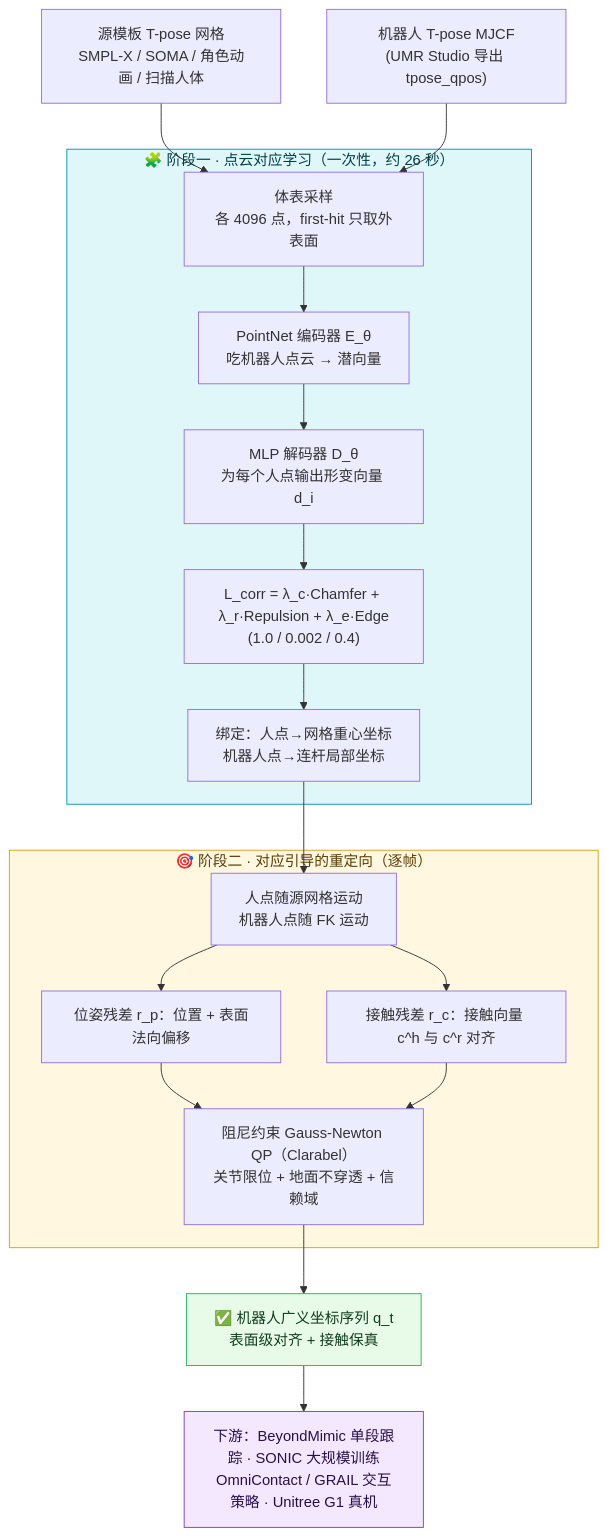
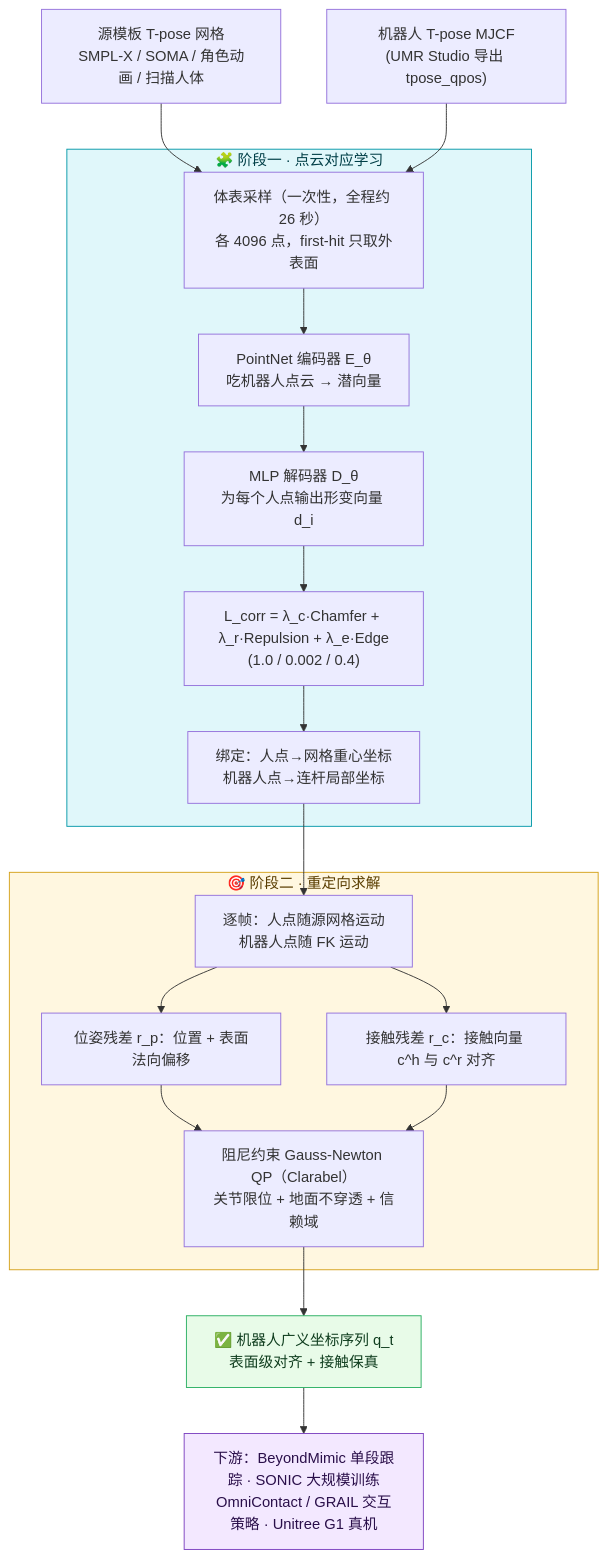
One commit to ImChong/Robot_Learning_Paper_Notebooks changed the first of 2 diagrams in papers/02_Motion_Retargeting/UMR__Unified_Motion_Retargeting_with_Learned_Point_Cloud_Correspondence/UMR__Unified_Motion_Retargeting_with_Learned_Point_Cloud_Correspondence.md. Above: the diagram before and after it, drawn with Mermaid. The commit also changed other lines of this file, not shown here.

First line of the commit message:
fix(UMR): 修正行内公式与流程图排版

```diff
--- a/papers/02_Motion_Retargeting/UMR__Unified_Motion_Retargeting_with_Learned_Point_Cloud_Correspondence/UMR__Unified_Motion_Retargeting_with_Learned_Point_Cloud_Correspondence.md
+++ b/papers/02_Motion_Retargeting/UMR__Unified_Motion_Retargeting_with_Learned_Point_Cloud_Correspondence/UMR__Unified_Motion_Retargeting_with_Learned_Point_Cloud_Correspondence.md
@@ -103,36 +103,36 @@
 <div class="mermaid">
 flowchart TB
     SRCT["源模板 T-pose 网格<br/>SMPL-X / SOMA / 角色动画 / 扫描人体"]
     ROBT["机器人 T-pose MJCF<br/>(UMR Studio 导出 tpose_qpos)"]
 
-    subgraph S1["🧩 阶段一 · 点云对应学习（一次性，约 26 秒）"]
-        SAMP["体表采样<br/>各 4096 点，first-hit 只取外表面"]
+    subgraph S1["🧩 阶段一 · 点云对应学习"]
+        SAMP["体表采样（一次性，全程约 26 秒）<br/>各 4096 点，first-hit 只取外表面"]
         ENC["PointNet 编码器 E_θ<br/>吃机器人点云 → 潜向量"]
         DEC["MLP 解码器 D_θ<br/>为每个人点输出形变向量 d_i"]
         LOSS["L_corr = λ_c·Chamfer + λ_r·Repulsion + λ_e·Edge<br/>(1.0 / 0.002 / 0.4)"]
         BIND["绑定：人点→网格重心坐标<br/>机器人点→连杆局部坐标"]
     end
 
-    subgraph S2["🎯 阶段二 · 对应引导的重定向（逐帧）"]
-        MOVE["人点随源网格运动<br/>机器人点随 FK 运动"]
+    subgraph S2["🎯 阶段二 · 重定向求解"]
+        MOVE["逐帧：人点随源网格运动<br/>机器人点随 FK 运动"]
         RP["位姿残差 r_p：位置 + 表面法向偏移"]
         RC["接触残差 r_c：接触向量 c^h 与 c^r 对齐"]
         QP["阻尼约束 Gauss-Newton QP（Clarabel）<br/>关节限位 + 地面不穿透 + 信赖域"]
     end
 
     OUT["✅ 机器人广义坐标序列 q_t<br/>表面级对齐 + 接触保真"]
     DOWN["下游：BeyondMimic 单段跟踪 · SONIC 大规模训练<br/>OmniContact / GRAIL 交互策略 · Unitree G1 真机"]
 
     SRCT --> SAMP
     ROBT --> SAMP
     SAMP --> ENC --> DEC --> LOSS
     LOSS --> BIND
     BIND --> MOVE --> RP --> QP
     MOVE --> RC --> QP
     QP --> OUT --> DOWN
 
     style S1 fill:#e0f7fa,stroke:#0097a7,color:#003f47
     style S2 fill:#fff7e0,stroke:#d4a017,color:#5a3d00
     style OUT fill:#e8fbe8,stroke:#27ae60,color:#0f3d1e
     style DOWN fill:#f3e8ff,stroke:#7b3fbf,color:#2a0f4a
 </div>
```
